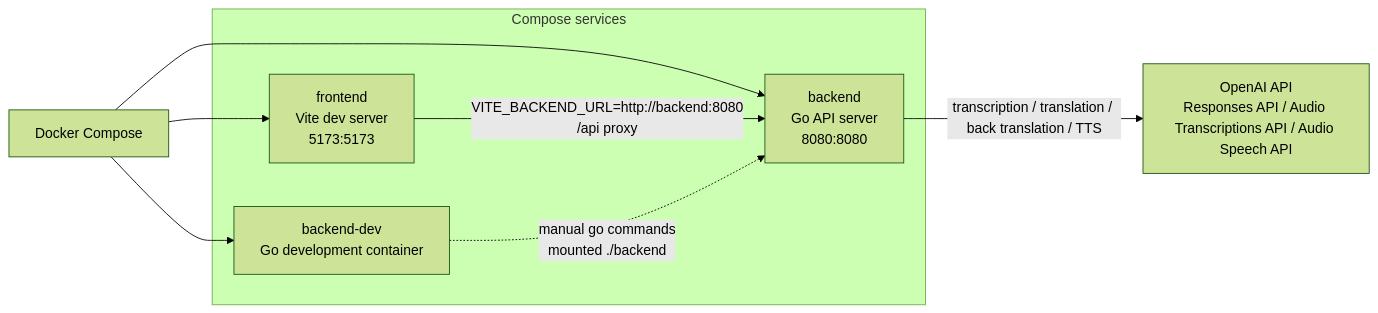
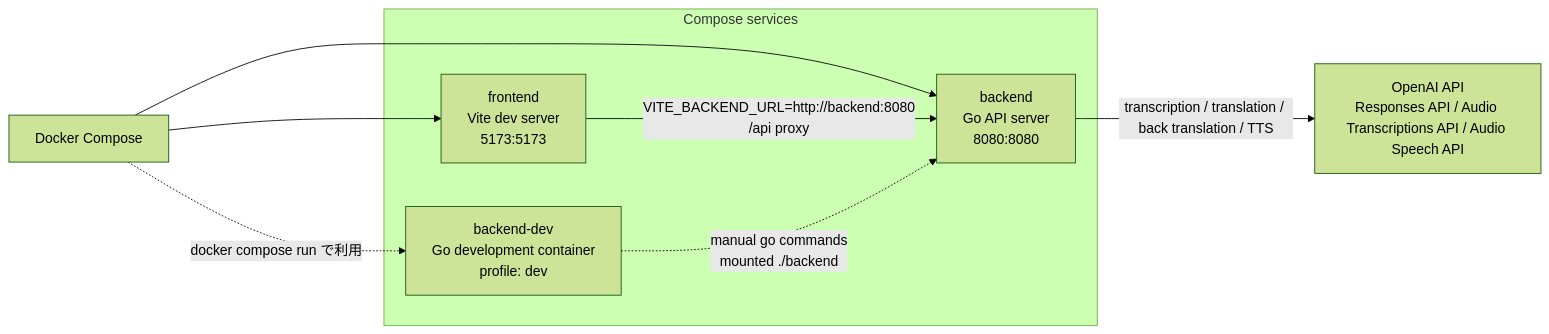
The first of 2 diagrams in docs/docker.md (shin-arita/gotalk), drawn with Mermaid (forest theme) before and after one commit. The commit also changed other lines of this file and 8 other files, not shown here.

First line of the commit message:
fix: backend-dev を compose の dev profile に移し、引数なしの up で起動しないようにする (#15)

````diff
--- a/docs/docker.md
+++ b/docs/docker.md
@@ -17,20 +17,20 @@
 ```mermaid
 flowchart LR
   Compose[Docker Compose]
 
   subgraph Services[Compose services]
     Frontend[frontend<br/>Vite dev server<br/>5173:5173]
     Backend[backend<br/>Go API server<br/>8080:8080]
-    BackendDev[backend-dev<br/>Go development container]
+    BackendDev[backend-dev<br/>Go development container<br/>profile: dev]
   end
 
   OpenAI[OpenAI API<br/>Responses API / Audio Transcriptions API / Audio Speech API]
 
   Compose --> Frontend
   Compose --> Backend
-  Compose --> BackendDev
+  Compose -.->|docker compose run で利用| BackendDev
 
   Frontend -->|VITE_BACKEND_URL=http://backend:8080<br/>/api proxy| Backend
   Backend -->|transcription / translation / back translation / TTS| OpenAI
   BackendDev -.->|manual go commands<br/>mounted ./backend| Backend
 ```
````
